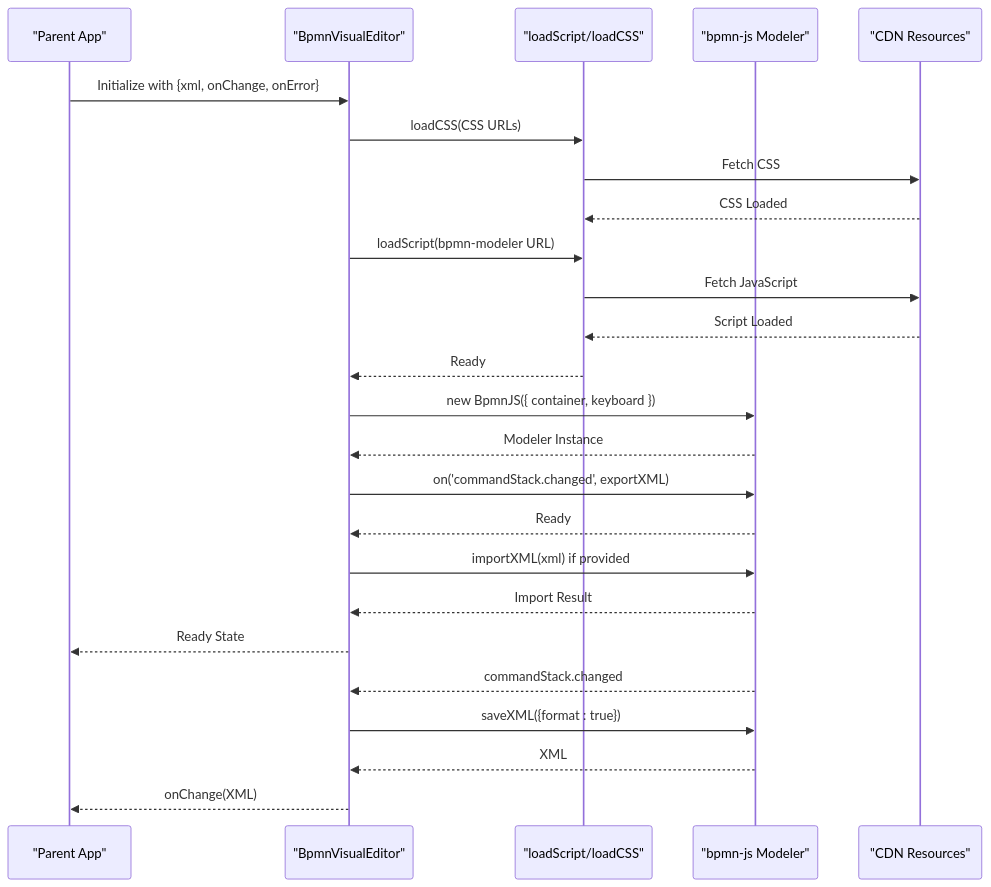
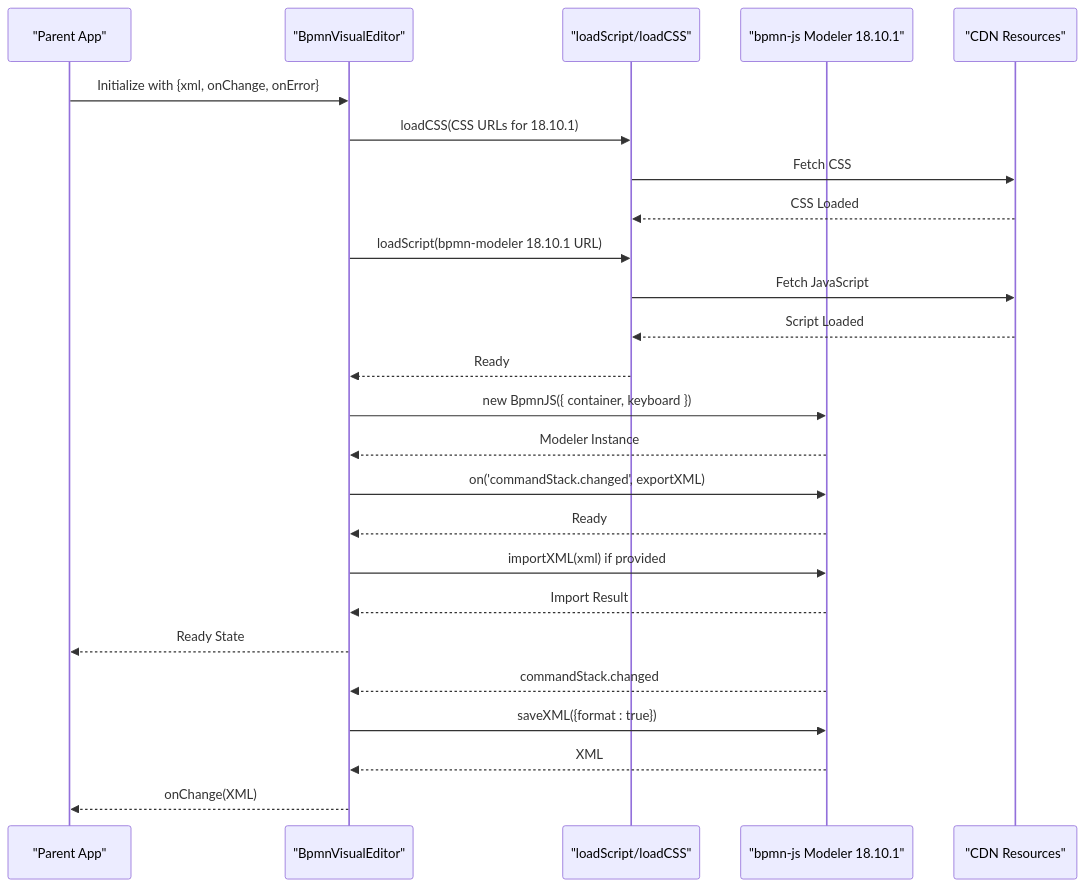
One commit to ongchonghian/universal-diagram-editor changed the second of 5 diagrams in .qoder/repowiki/en/content/Editor Architecture/Visual Editors/BPMN Visual Editor.md. Above: the diagram before and after it, drawn with Mermaid. The commit also changed other lines of this file and 66 other files, not shown here.

First line of the commit message:
refactor: modernize codebase with Vite build system and modular React architecture

````diff
--- a/.qoder/repowiki/en/content/Editor Architecture/Visual Editors/BPMN Visual Editor.md
+++ b/.qoder/repowiki/en/content/Editor Architecture/Visual Editors/BPMN Visual Editor.md
@@ -119,27 +150,27 @@
 ```mermaid
 sequenceDiagram
 participant App as "Parent App"
 participant Editor as "BpmnVisualEditor"
 participant Utils as "loadScript/loadCSS"
-participant Modeler as "bpmn-js Modeler"
+participant Modeler as "bpmn-js Modeler 18.10.1"
 participant CDN as "CDN Resources"
 App->>Editor : Initialize with {xml, onChange, onError}
-Editor->>Utils : loadCSS(CSS URLs)
+Editor->>Utils : loadCSS(CSS URLs for 18.10.1)
 Utils->>CDN : Fetch CSS
 CDN-->>Utils : CSS Loaded
-Editor->>Utils : loadScript(bpmn-modeler URL)
+Editor->>Utils : loadScript(bpmn-modeler 18.10.1 URL)
 Utils->>CDN : Fetch JavaScript
 CDN-->>Utils : Script Loaded
 Utils-->>Editor : Ready
 Editor->>Modeler : new BpmnJS({ container, keyboard })
 Modeler-->>Editor : Modeler Instance
 Editor->>Modeler : on('commandStack.changed', exportXML)
 Modeler-->>Editor : Ready
 Editor->>Modeler : importXML(xml) if provided
 Modeler-->>Editor : Import Result
 Editor-->>App : Ready State
 Modeler-->>Editor : commandStack.changed
 Editor->>Modeler : saveXML({format : true})
 Modeler-->>Editor : XML
 Editor-->>App : onChange(XML)
 ```
````
